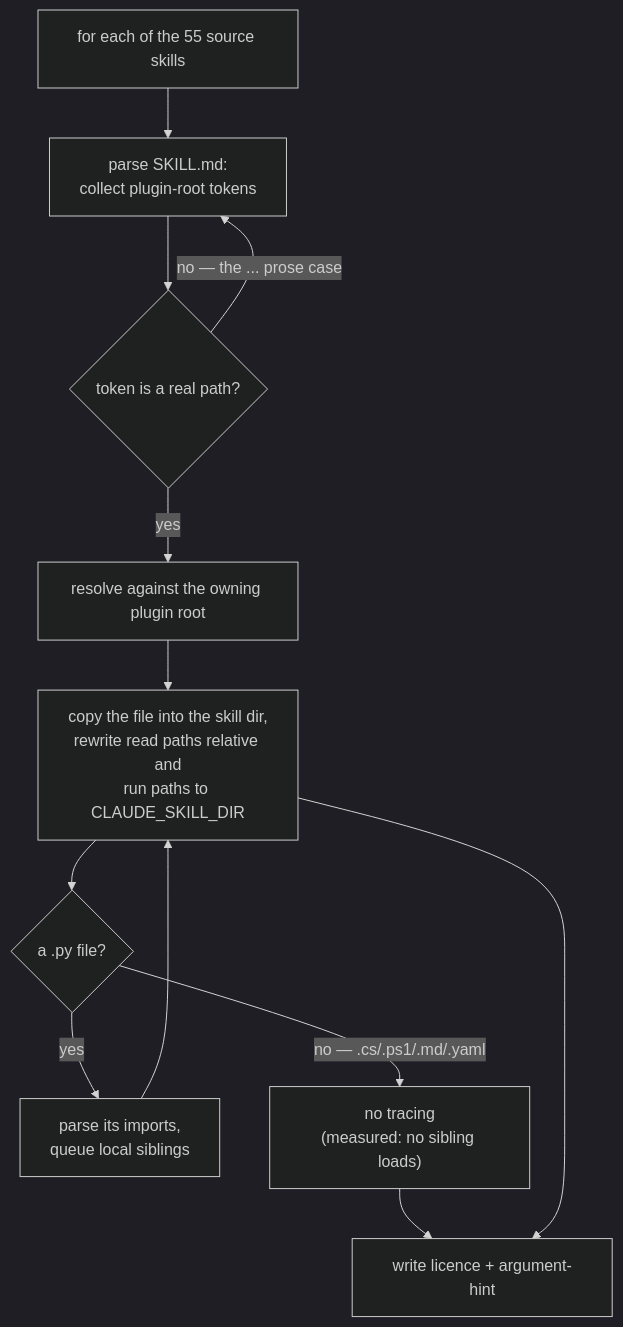
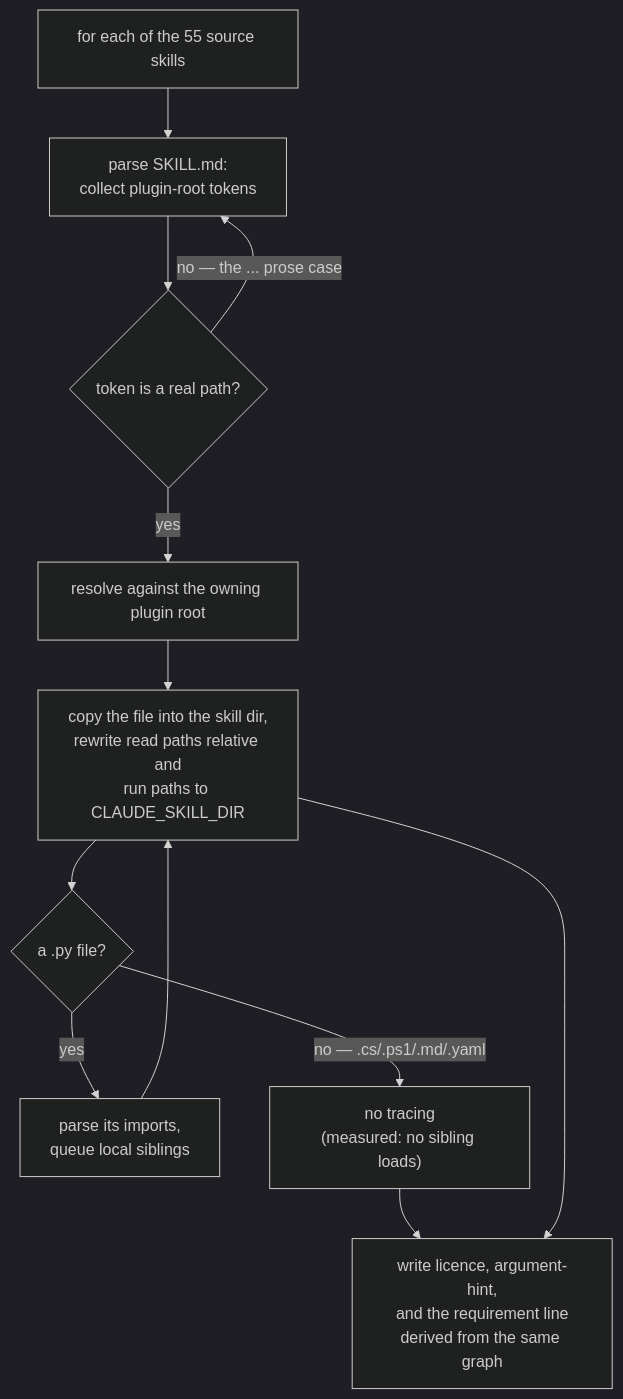
Before and after one commit to ThodsaphonSonthiphin/workflow-daily-work: the third of 3 diagrams in docs/superpowers/specs/2026-08-29-npx-skills-install-channel-design.md, drawn with Mermaid (dark theme). The commit also changed other lines of this file and 14 other files, not shown here.

````diff
--- a/docs/superpowers/specs/2026-08-29-npx-skills-install-channel-design.md
+++ b/docs/superpowers/specs/2026-08-29-npx-skills-install-channel-design.md
@@ -116,14 +123,14 @@
 ```mermaid
 flowchart TD
     S["for each of the 55 source skills"] --> P["parse SKILL.md:<br/>collect plugin-root tokens"]
     P --> F{"token is a real path?"}
     F -->|"no — the ... prose case"| P
     F -->|yes| R["resolve against the owning plugin root"]
     R --> Q["copy the file into the skill dir,<br/>rewrite read paths relative and<br/>run paths to CLAUDE_SKILL_DIR"]
     Q --> I{"a .py file?"}
     I -->|yes| T["parse its imports,<br/>queue local siblings"]
     I -->|"no — .cs/.ps1/.md/.yaml"| N["no tracing<br/>(measured: no sibling loads)"]
     T --> Q
-    N --> Z["write licence + argument-hint"]
+    N --> Z["write licence, argument-hint,<br/>and the requirement line<br/>derived from the same graph"]
     Q --> Z
 ```
````
